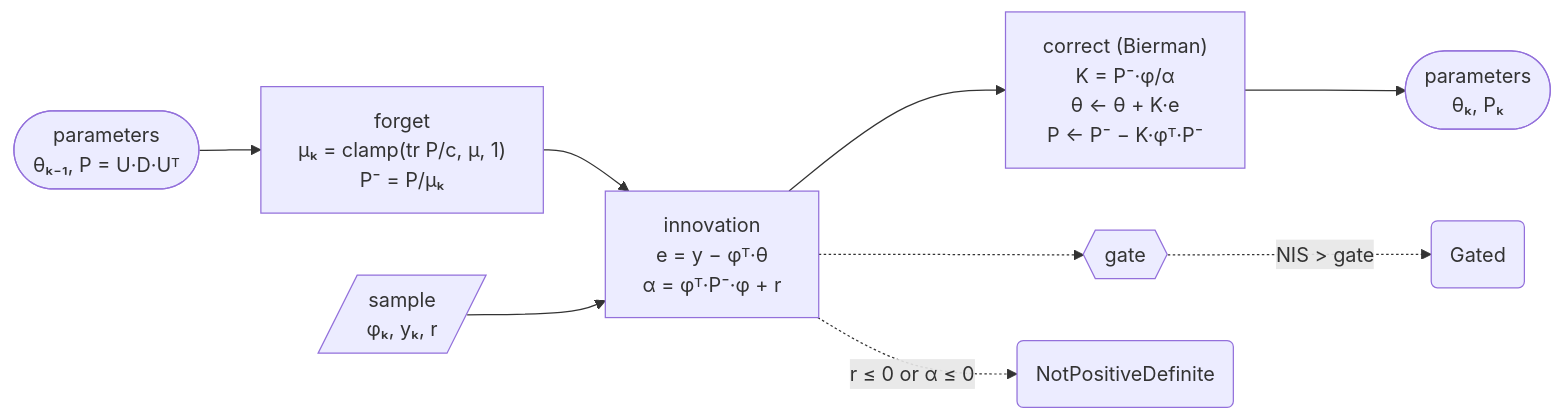
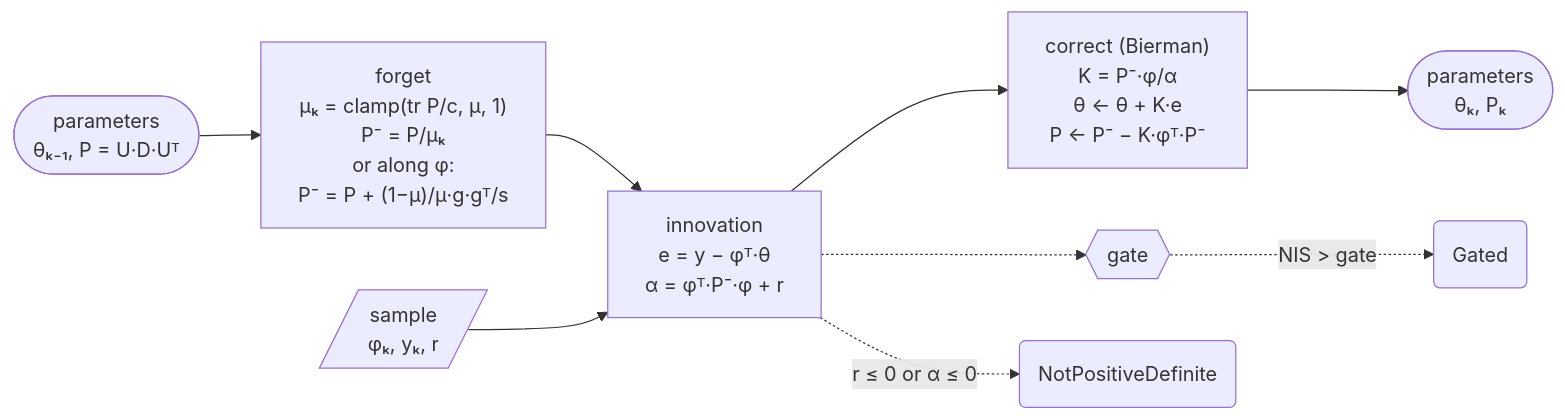
One commit to sunsided/minikalman-rs changed the diagram in crates/minikalman/docs/diagrams/rls-update.mmd. Above: the diagram before and after it, drawn with Mermaid. The commit also changed 5 other files, not shown here.

```diff
--- a/crates/minikalman/docs/diagrams/rls-update.mmd
+++ b/crates/minikalman/docs/diagrams/rls-update.mmd
@@ -1,19 +1,19 @@
 flowchart LR
     %% One sample of recursive least squares. Style: see docs/diagrams/README.md.
     %% Node IDs: prior, predict (forgetting with the windup guard), sample, innovation, gate,
     %% correct, posterior, rejected and gated (update leaves θ and P unchanged, forgetting
     %% included).
     prior(["parameters<br/>θₖ₋₁, P = U·D·Uᵀ"])
-    predict["forget<br/>μₖ = clamp(tr P/c, μ, 1)<br/>P⁻ = P/μₖ"]
+    predict["forget<br/>μₖ = clamp(tr P/c, μ, 1)<br/>P⁻ = P/μₖ<br/>or along φ:<br/>P⁻ = P + (1−μ)/μ·g·gᵀ/s"]
     sample[/"sample<br/>φₖ, yₖ, r"/]
     innovation["innovation<br/>e = y − φᵀ·θ<br/>α = φᵀ·P⁻·φ + r"]
     gate{{"gate"}}
     correct["correct (Bierman)<br/>K = P⁻·φ/α<br/>θ ← θ + K·e<br/>P ← P⁻ − K·φᵀ·P⁻"]
     posterior(["parameters<br/>θₖ, Pₖ"])
     rejected("NotPositiveDefinite")
     gated("Gated")
     prior --> predict --> innovation --> correct --> posterior
     sample --> innovation
     innovation -.->|"r ≤ 0 or α ≤ 0"| rejected
     innovation -.-> gate -.->|"NIS > gate"| gated
     classDef focus fill:#fbbf24,stroke:#b45309,stroke-width:3px,color:#1c1917
```
